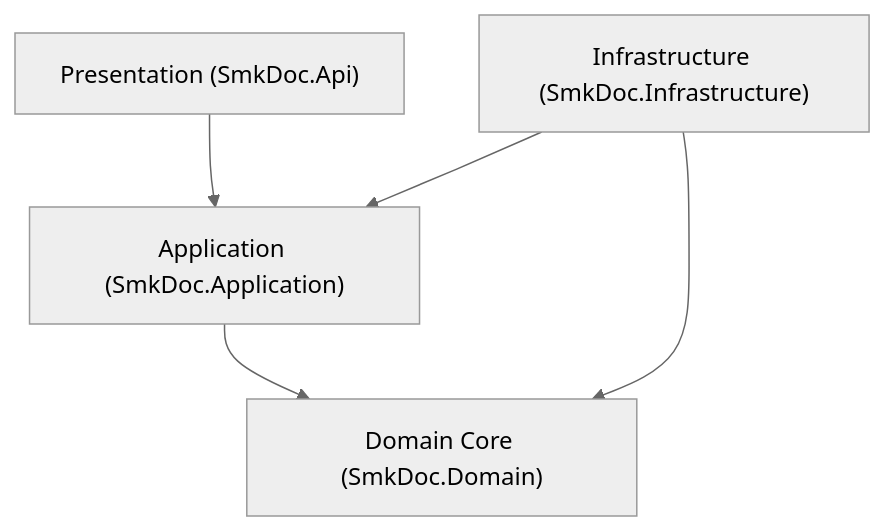
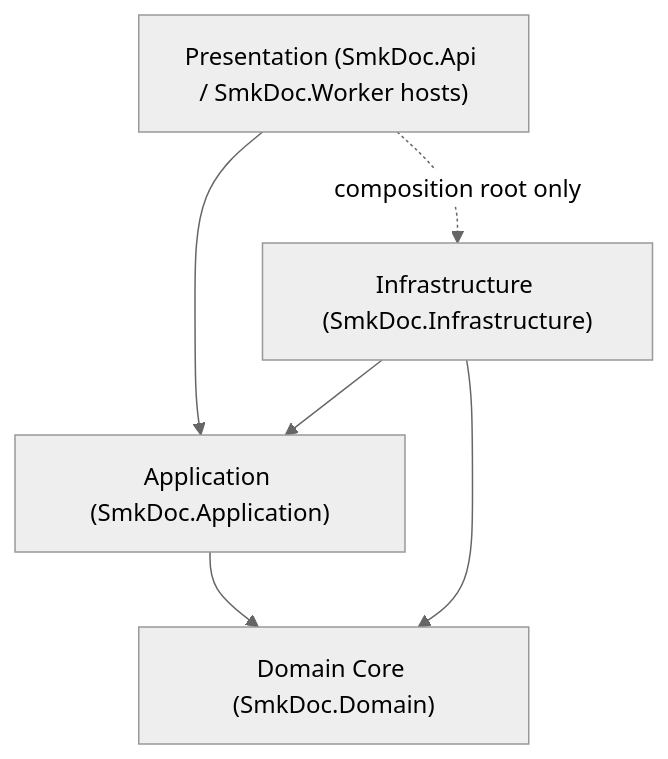
Before and after one commit to suang05/doc_template: the third of 3 diagrams in specs/00_architecture_core/01_system_architecture.md, drawn with Mermaid (neutral theme). The commit also changed other lines of this file and 17 other files, not shown here.

Commit message:
feat: add backend v2 build configuration, banned symbols, and core architecture specifications

````diff
--- a/specs/00_architecture_core/01_system_architecture.md
+++ b/specs/00_architecture_core/01_system_architecture.md
@@ -96,7 +117,8 @@
 ```mermaid
 graph TD
-    Api["Presentation (SmkDoc.Api)"] --> App["Application (SmkDoc.Application)"]
-    Infra["Infrastructure (SmkDoc.Infrastructure)"] --> App
+    Api["Presentation (SmkDoc.Api / SmkDoc.Worker hosts)"] --> App["Application (SmkDoc.Application)"]
+    Api -.->|"composition root only"| Infra["Infrastructure (SmkDoc.Infrastructure)"]
+    Infra --> App
     App --> Domain["Domain Core (SmkDoc.Domain)"]
     Infra --> Domain
 ```
````
